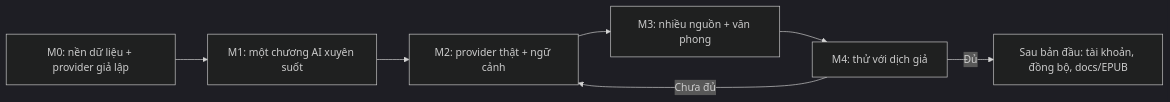
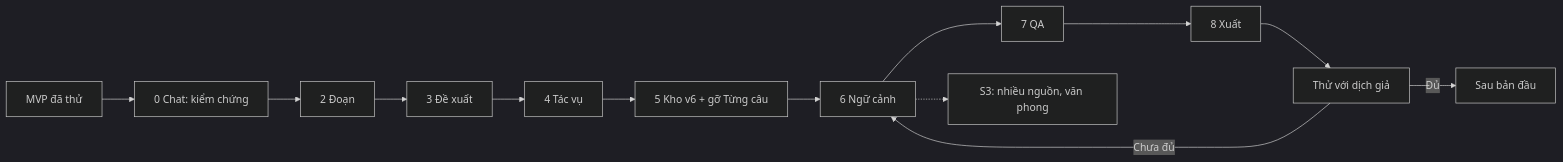
The diagram in docs/handbook/delivery/roadmap.md (minh1904/app-novel), drawn with Mermaid (dark theme) before and after one commit. The commit also changed other lines of this file and 38 other files, not shown here.

First line of the commit message:
docs: record ADR-005 and move the handbook to a module roadmap

````diff
--- a/docs/handbook/delivery/roadmap.md
+++ b/docs/handbook/delivery/roadmap.md
@@ -14,9 +28,15 @@
 ```mermaid
 flowchart LR
-    A[M0: nền dữ liệu + provider giả lập] --> B[M1: một chương AI xuyên suốt]
-    B --> C[M2: provider thật + ngữ cảnh]
-    C --> D[M3: nhiều nguồn + văn phong]
-    D --> E[M4: thử với dịch giả]
-    E -->|Chưa đủ| C
-    E -->|Đủ| F[Sau bản đầu: tài khoản, đồng bộ, docs/EPUB]
+    A[MVP đã thử] --> B[0 Chat: kiểm chứng]
+    B --> C[2 Đoạn]
+    C --> D[3 Đề xuất]
+    D --> E[4 Tác vụ]
+    E --> F[5 Kho v6 + gỡ Từng câu]
+    F --> G[6 Ngữ cảnh]
+    G --> H[7 QA]
+    H --> I[8 Xuất]
+    I --> J[Thử với dịch giả]
+    J -->|Chưa đủ| G
+    J -->|Đủ| K[Sau bản đầu]
+    G -.-> L[S3: nhiều nguồn, văn phong]
 ```
````
